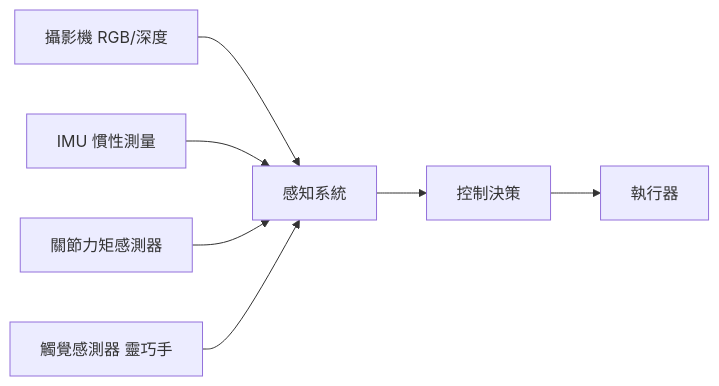
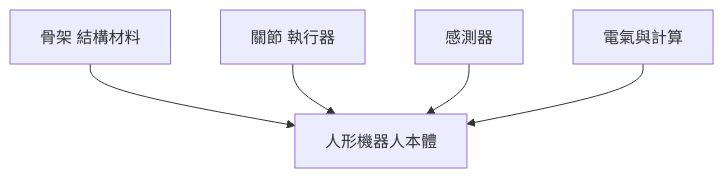
The diagram in src/content/posts/tech/2026-06-05-dissecting-the-body-of-robots-mass-production-and-supply-cha.md (a920604a/engineernews), drawn with Mermaid before and after one commit. The commit also changed other lines of this file and 468 other files, not shown here.

````diff
--- a/src/content/posts/tech/2026-06-05-dissecting-the-body-of-robots-mass-production-and-supply-cha.md
+++ b/src/content/posts/tech/2026-06-05-dissecting-the-body-of-robots-mass-production-and-supply-cha.md
@@ -50,9 +23,7 @@
 ```mermaid
-graph LR
-    A[攝影機 RGB/深度] --> D[感知系統]
-    B[IMU 慣性測量] --> D
-    C[關節力矩感測器] --> D
-    D --> E[控制決策]
-    E --> F[執行器]
-    G[觸覺感測器 靈巧手] --> D
+graph TD
+    A[骨架 結構材料] --> E[人形機器人本體]
+    B[關節 執行器] --> E
+    C[感測器] --> E
+    D[電氣與計算] --> E
 ```
````
